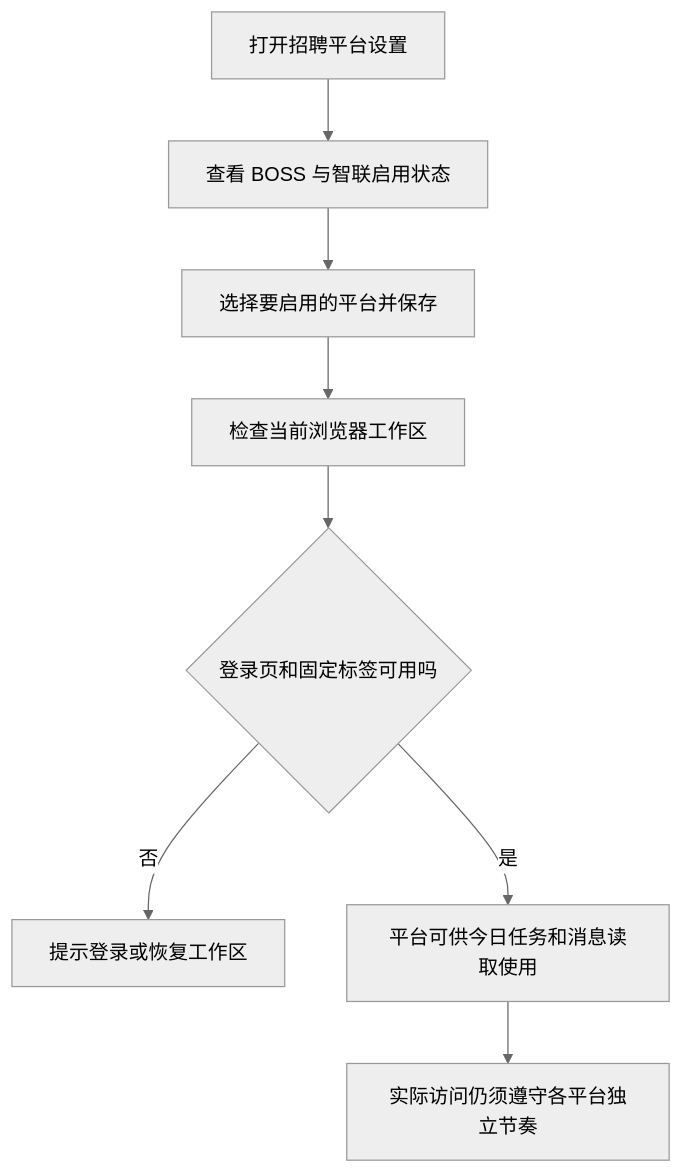
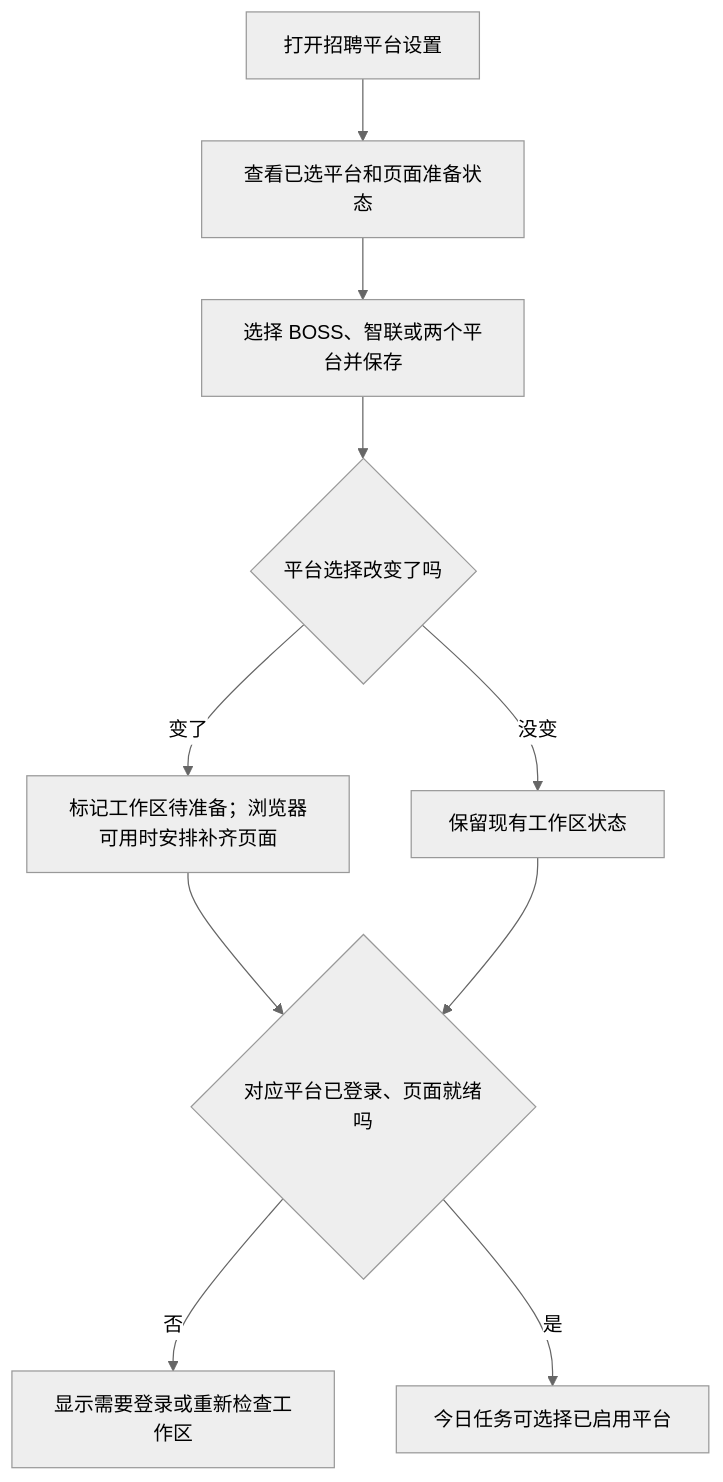
Before and after one commit to daydreamer0213/OfferGo: diagram 13 of 16 in docs/offergo-product-module-flows.md, drawn with Mermaid (neutral theme). The commit also changed other lines of this file, not shown here.

Commit message:
docs: correct OfferGo module flow diagrams against code

````diff
--- a/docs/offergo-product-module-flows.md
+++ b/docs/offergo-product-module-flows.md
@@ -291,10 +314,12 @@
 ```mermaid
 flowchart TD
-  A[打开招聘平台设置] --> B[查看 BOSS 与智联启用状态]
-  B --> C[选择要启用的平台并保存]
-  C --> D[检查当前浏览器工作区]
-  D --> E{登录页和固定标签可用吗}
-  E -- 否 --> F[提示登录或恢复工作区]
-  E -- 是 --> G[平台可供今日任务和消息读取使用]
-  G --> H[实际访问仍须遵守各平台独立节奏]
+  A[打开招聘平台设置] --> B[查看已选平台和页面准备状态]
+  B --> C[选择 BOSS、智联或两个平台并保存]
+  C --> D{平台选择改变了吗}
+  D -- 没变 --> E[保留现有工作区状态]
+  D -- 变了 --> F[标记工作区待准备；浏览器可用时安排补齐页面]
+  F --> G{对应平台已登录、页面就绪吗}
+  E --> G
+  G -- 否 --> H[显示需要登录或重新检查工作区]
+  G -- 是 --> I[今日任务可选择已启用平台]
 ```
````
